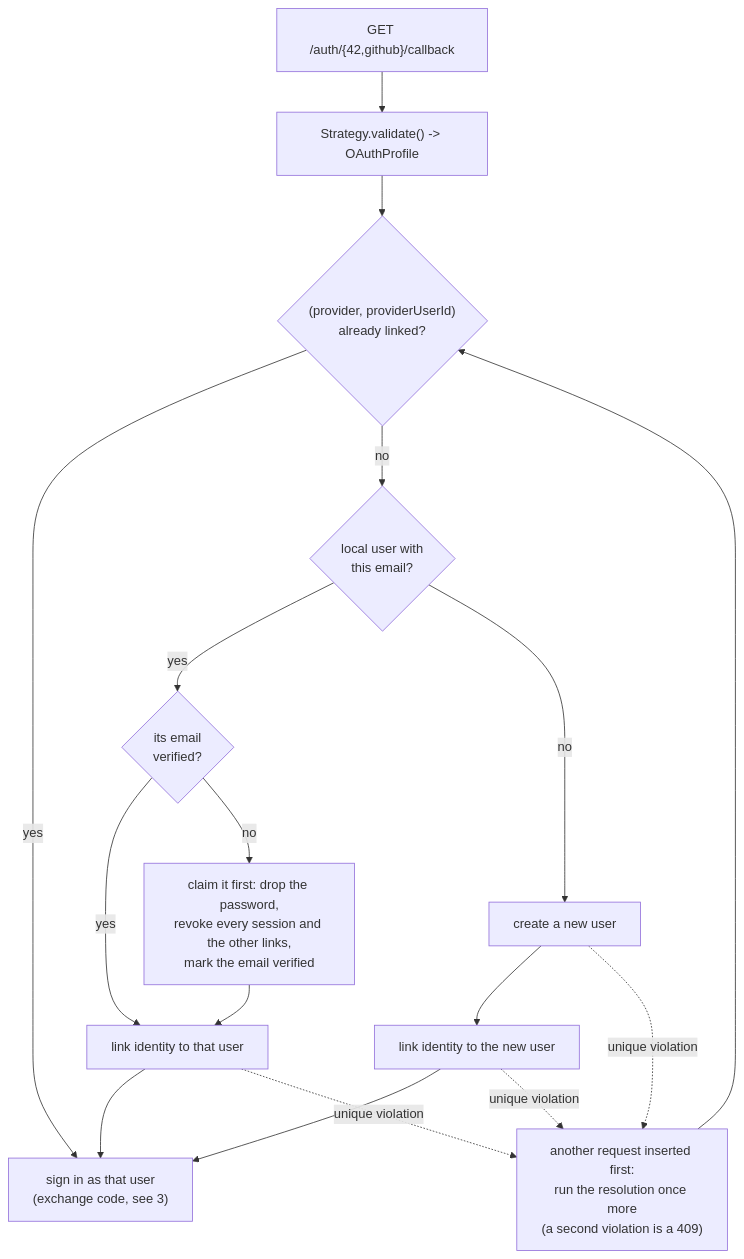
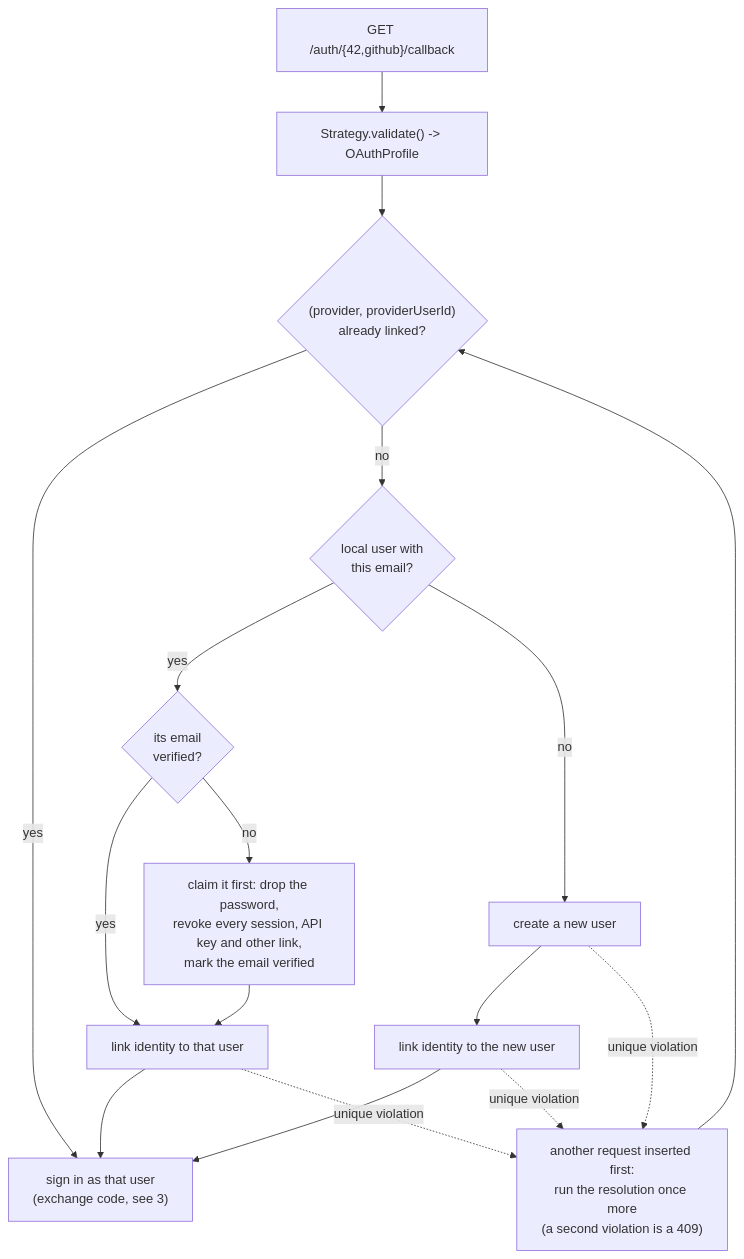
Before and after one commit to kidp8479/42_hypertube: the seventh of 16 diagrams in docs/diagrams/auth.md, drawn with Mermaid. The commit also changed 9 other files, not shown here.

First line of the commit message:
fix(HYP-143): an OAuth claim also deletes the account's API keys

````diff
--- a/docs/diagrams/auth.md
+++ b/docs/diagrams/auth.md
@@ -170,17 +170,17 @@
 ```mermaid
 flowchart TD
     A["GET /auth/{42,github}/callback"] --> B["Strategy.validate() -> OAuthProfile"]
     B --> C{"(provider, providerUserId)<br/>already linked?"}
     C -- yes --> L["sign in as that user<br/>(exchange code, see 3)"]
     C -- no --> E{"local user with<br/>this email?"}
     E -- yes --> V{"its email<br/>verified?"}
     V -- yes --> G["link identity to that user"]
-    V -- no --> K["claim it first: drop the password,<br/>revoke every session and the other links,<br/>mark the email verified"]
+    V -- no --> K["claim it first: drop the password,<br/>revoke every session, API key and other link,<br/>mark the email verified"]
     K --> G
     E -- no --> F["create a new user"]
     F --> H["link identity to the new user"]
     G --> L
     H --> L
     F & G & H -. "unique violation" .-> C2["another request inserted first:<br/>run the resolution once more<br/>(a second violation is a 409)"]
     C2 --> C
 ```
````
